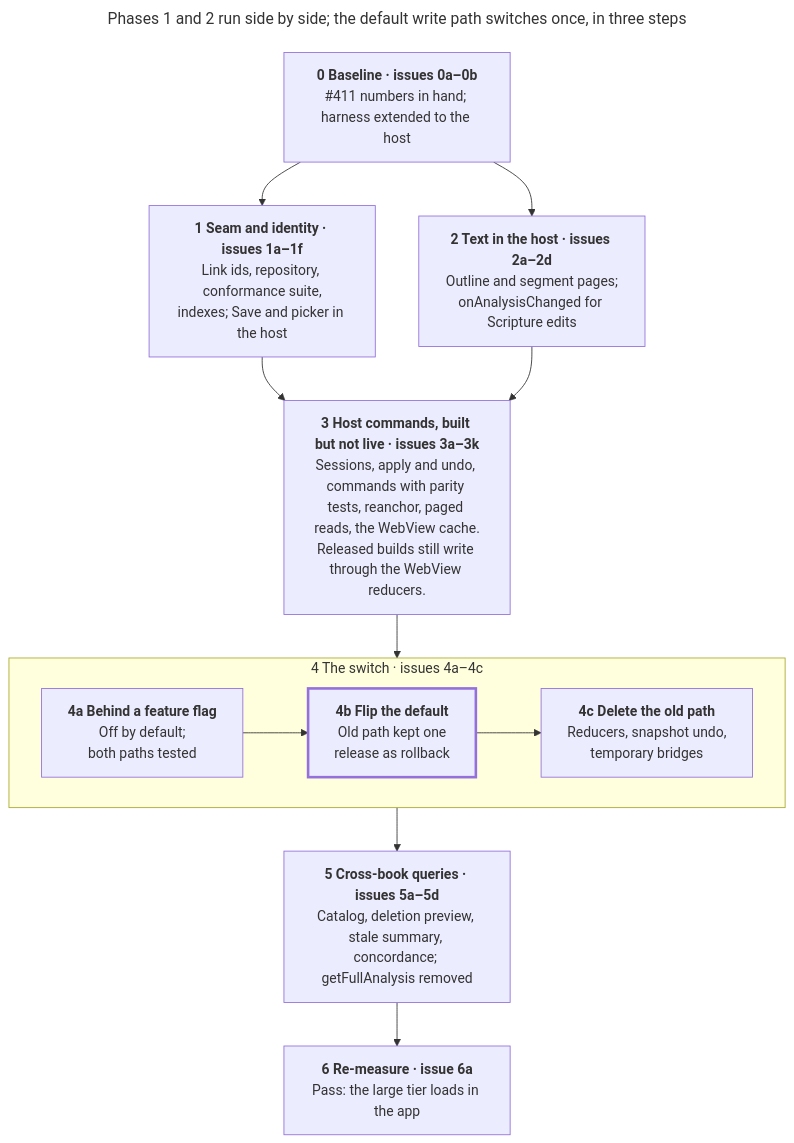
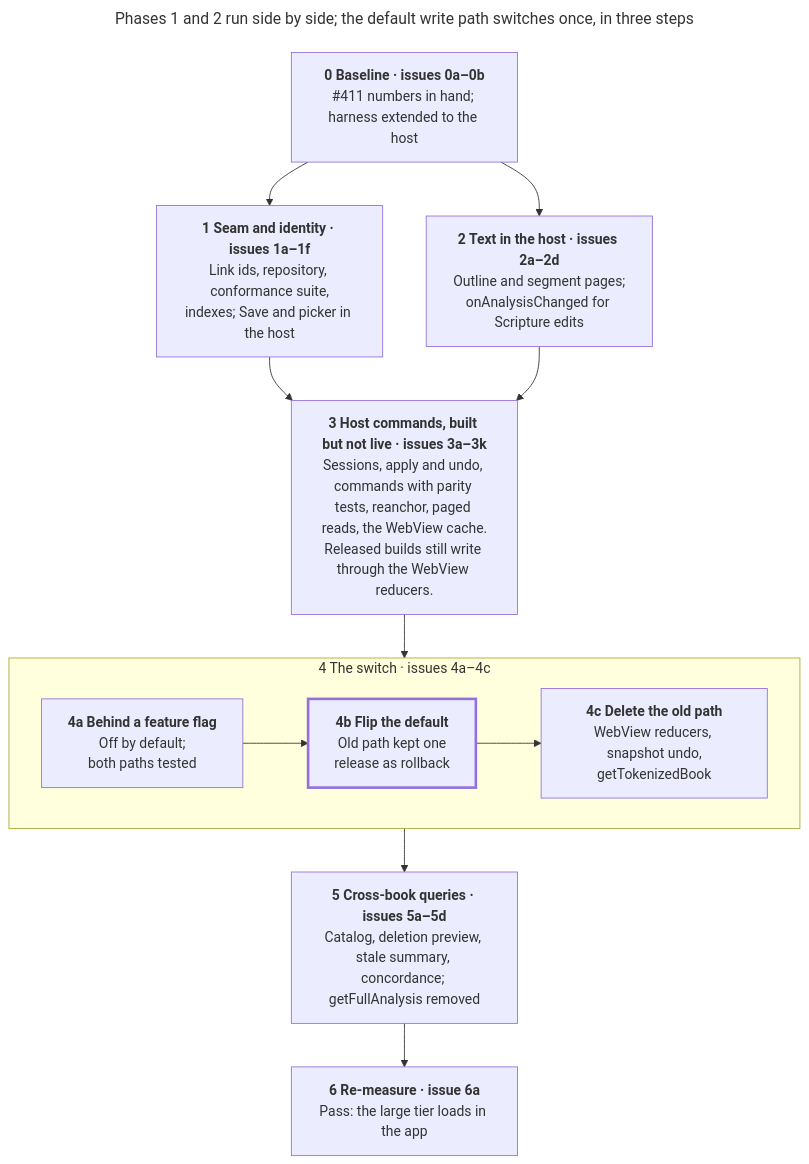
One commit to sillsdev/interlinearizer-extension changed the second of 2 diagrams in docs/data-layer-plan/plan.md. Above: the diagram before and after it, drawn with Mermaid. The commit also changed other lines of this file and 1 other file, not shown here.

````diff
--- a/docs/data-layer-plan/plan.md
+++ b/docs/data-layer-plan/plan.md
@@ -106,24 +106,24 @@
 ```mermaid
 ---
 title: Phases 1 and 2 run side by side; the default write path switches once, in three steps
 ---
 flowchart TB
   p0["<b>0 Baseline · issues 0a–0b</b><br/>#411 numbers in hand; harness extended to the host"]
   p1["<b>1 Seam and identity · issues 1a–1f</b><br/>Link ids, repository, conformance suite,<br/>indexes; Save and picker in the host"]
   p2["<b>2 Text in the host · issues 2a–2d</b><br/>Outline and segment pages;<br/>onAnalysisChanged for Scripture edits"]
   p3["<b>3 Host commands, built but not live · issues 3a–3k</b><br/>Sessions, apply and undo, commands with parity tests, reanchor, paged reads, the WebView cache.<br/>Released builds still write through the WebView reducers."]
   subgraph p4["4 The switch · issues 4a–4c"]
     direction LR
     p4a["<b>4a Behind a feature flag</b><br/>Off by default;<br/>both paths tested"]
     p4b["<b>4b Flip the default</b><br/>Old path kept one<br/>release as rollback"]
-    p4c["<b>4c Delete the old path</b><br/>Reducers, snapshot undo,<br/>temporary bridges"]
+    p4c["<b>4c Delete the old path</b><br/>WebView reducers, snapshot undo,<br/>getTokenizedBook"]
     p4a --> p4b --> p4c
   end
   p5["<b>5 Cross-book queries · issues 5a–5d</b><br/>Catalog, deletion preview, stale summary, concordance; getFullAnalysis removed"]
   p6["<b>6 Re-measure · issue 6a</b><br/>Pass: the large tier loads in the app"]
   p0 --> p1 & p2
   p1 & p2 --> p3
   p3 --> p4 --> p5 --> p6
   classDef flip stroke-width:3px
   class p4b flip
 ```
````
